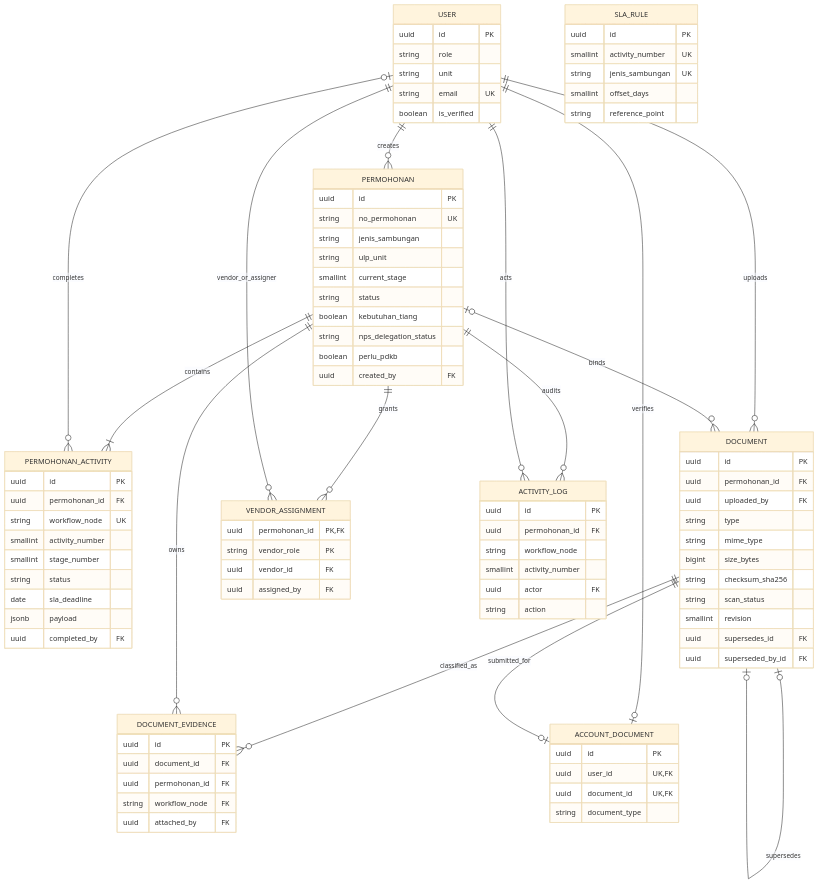
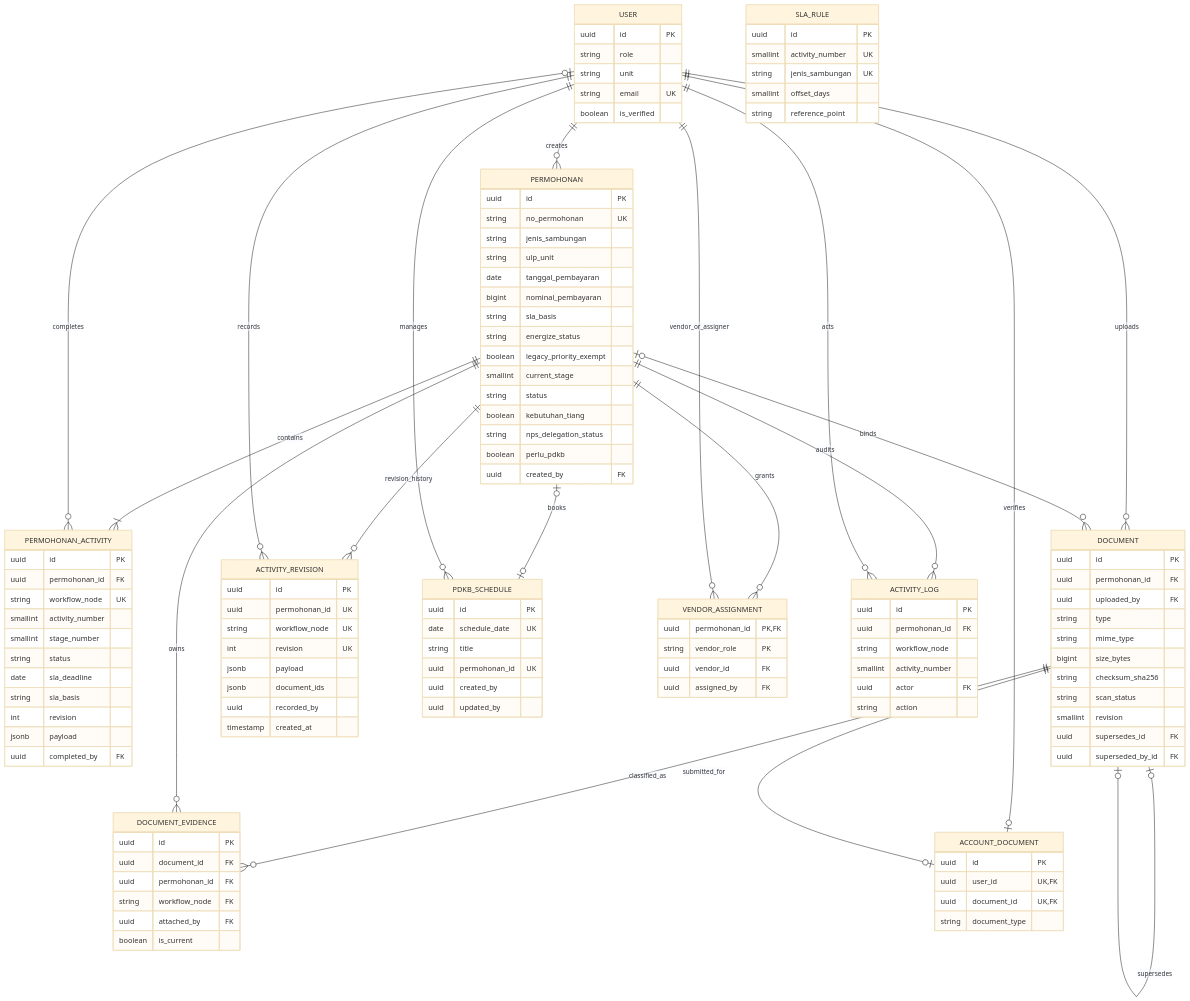
The diagram in docs/architecture/diagrams/06-data-model.md (pln-colabora/colabora-be), drawn with Mermaid (base theme) before and after one commit. The commit also changed other lines of this file and 12 other files, not shown here.

Commit message:
docs: synchronize architecture flowcharts with current workflow

```diff
--- a/docs/architecture/diagrams/06-data-model.md
+++ b/docs/architecture/diagrams/06-data-model.md
@@ -17,6 +17,11 @@
     string no_permohonan UK
     string jenis_sambungan
     string ulp_unit
+    date tanggal_pembayaran
+    bigint nominal_pembayaran
+    string sla_basis
+    string energize_status
+    boolean legacy_priority_exempt
     smallint current_stage
     string status
     boolean kebutuhan_tiang
@@ -32,6 +37,8 @@
     smallint stage_number
     string status
     date sla_deadline
+    string sla_basis
+    int revision
     jsonb payload
     uuid completed_by FK
   }
@@ -54,6 +61,25 @@
     uuid permohonan_id FK
     string workflow_node FK
     uuid attached_by FK
+    boolean is_current
+  }
+  ACTIVITY_REVISION {
+    uuid id PK
+    uuid permohonan_id UK
+    string workflow_node UK
+    int revision UK
+    jsonb payload
+    jsonb document_ids
+    uuid recorded_by
+    timestamp created_at
+  }
+  PDKB_SCHEDULE {
+    uuid id PK
+    date schedule_date UK
+    string title
+    uuid permohonan_id UK
+    uuid created_by
+    uuid updated_by
   }
   ACCOUNT_DOCUMENT {
     uuid id PK
@@ -83,6 +109,10 @@
     string reference_point
   }
 
+  PERMOHONAN ||--o{ ACTIVITY_REVISION : revision_history
+  PERMOHONAN o|--o| PDKB_SCHEDULE : books
+  USER ||--o{ ACTIVITY_REVISION : records
+  USER ||--o{ PDKB_SCHEDULE : manages
   USER ||--o{ PERMOHONAN : creates
   PERMOHONAN ||--|{ PERMOHONAN_ACTIVITY : contains
   USER o|--o{ PERMOHONAN_ACTIVITY : completes
```
